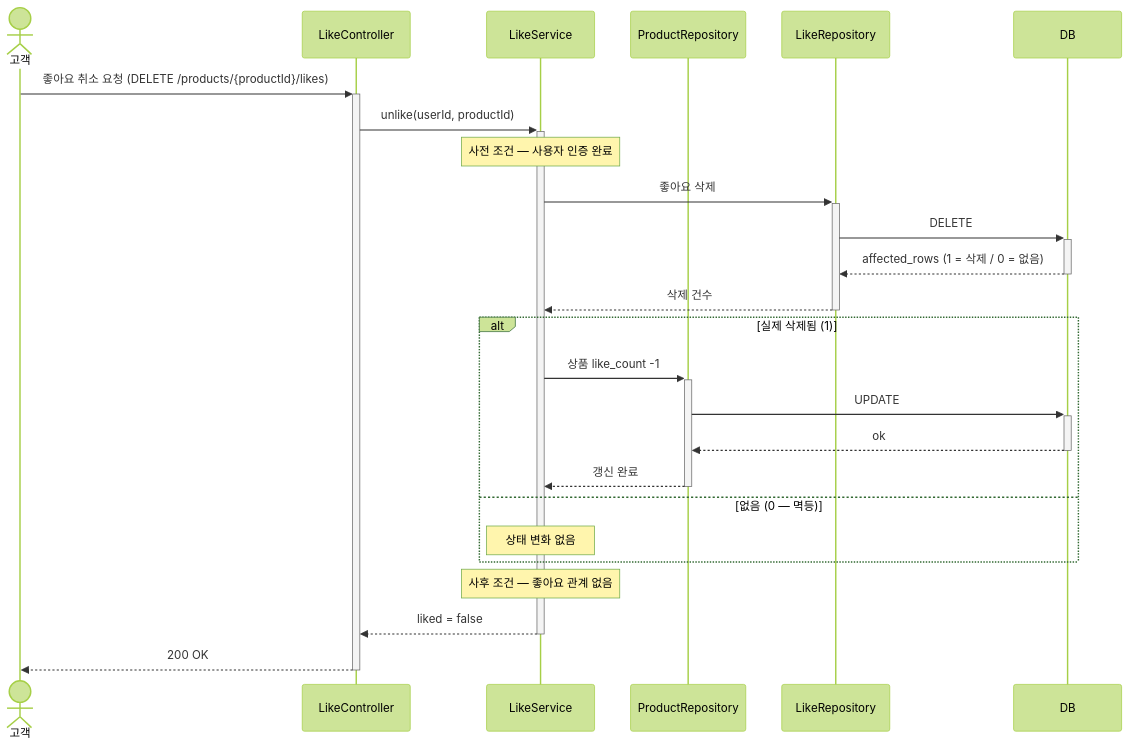
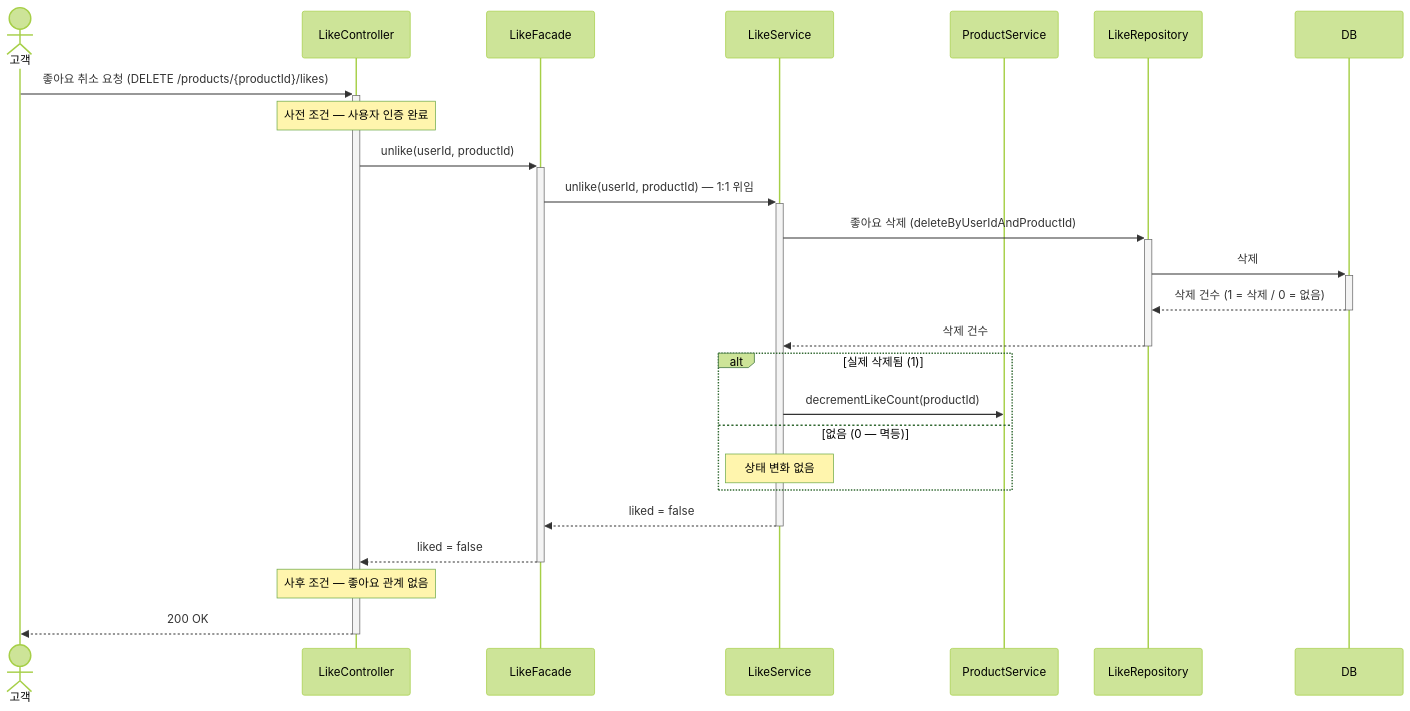
One commit to Hwasowl/loop-pack-be-l2-vol4-java changed the third of 4 diagrams in .docs/design/02-sequence-diagrams.md. Above: the diagram before and after it, drawn with Mermaid (forest theme). The commit also changed other lines of this file, not shown here.

First line of the commit message:
docs: 시퀀스 다이어그램 정합 — 추상화 라벨·상품목록 추가·좋아요 D7 정렬

````diff
--- a/.docs/design/02-sequence-diagrams.md
+++ b/.docs/design/02-sequence-diagrams.md
@@ -103,28 +97,28 @@
 ```mermaid
 sequenceDiagram
     actor C as 고객
     participant Ctl as LikeController
+    participant F as LikeFacade
     participant S as LikeService
-    participant PR as ProductRepository
+    participant PS as ProductService
     participant LR as LikeRepository
     participant DB as DB
 
     C->>+Ctl: 좋아요 취소 요청 (DELETE /products/{productId}/likes)
-    Ctl->>+S: unlike(userId, productId)
-    Note over S: 사전 조건 — 사용자 인증 완료
-    S->>+LR: 좋아요 삭제
-    LR->>+DB: DELETE
-    DB-->>-LR: affected_rows (1 = 삭제 / 0 = 없음)
+    Note over Ctl: 사전 조건 — 사용자 인증 완료
+    Ctl->>+F: unlike(userId, productId)
+    F->>+S: unlike(userId, productId) — 1:1 위임
+    S->>+LR: 좋아요 삭제 (deleteByUserIdAndProductId)
+    LR->>+DB: 삭제
+    DB-->>-LR: 삭제 건수 (1 = 삭제 / 0 = 없음)
     LR-->>-S: 삭제 건수
     alt 실제 삭제됨 (1)
-        S->>+PR: 상품 like_count -1
-        PR->>+DB: UPDATE
-        DB-->>-PR: ok
-        PR-->>-S: 갱신 완료
+        S->>PS: decrementLikeCount(productId)
     else 없음 (0 — 멱등)
         Note over S: 상태 변화 없음
     end
-    Note over S: 사후 조건 — 좋아요 관계 없음
-    S-->>-Ctl: liked = false
+    S-->>-F: liked = false
+    F-->>-Ctl: liked = false
+    Note over Ctl: 사후 조건 — 좋아요 관계 없음
     Ctl-->>-C: 200 OK
 ```
````
